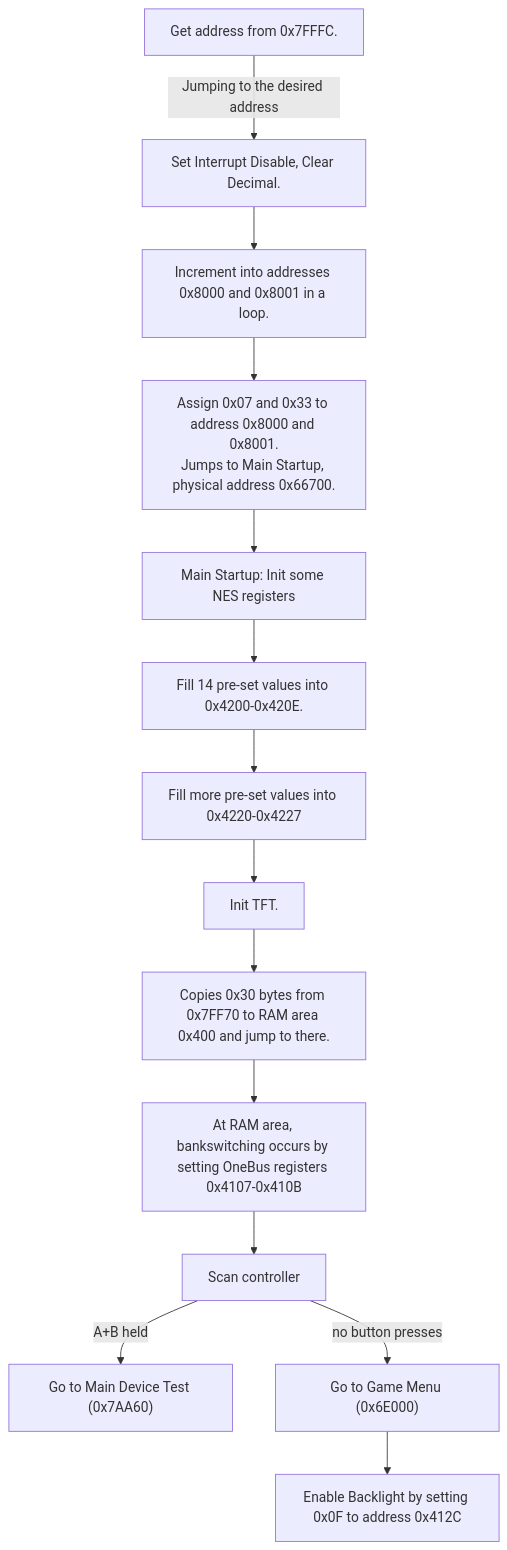
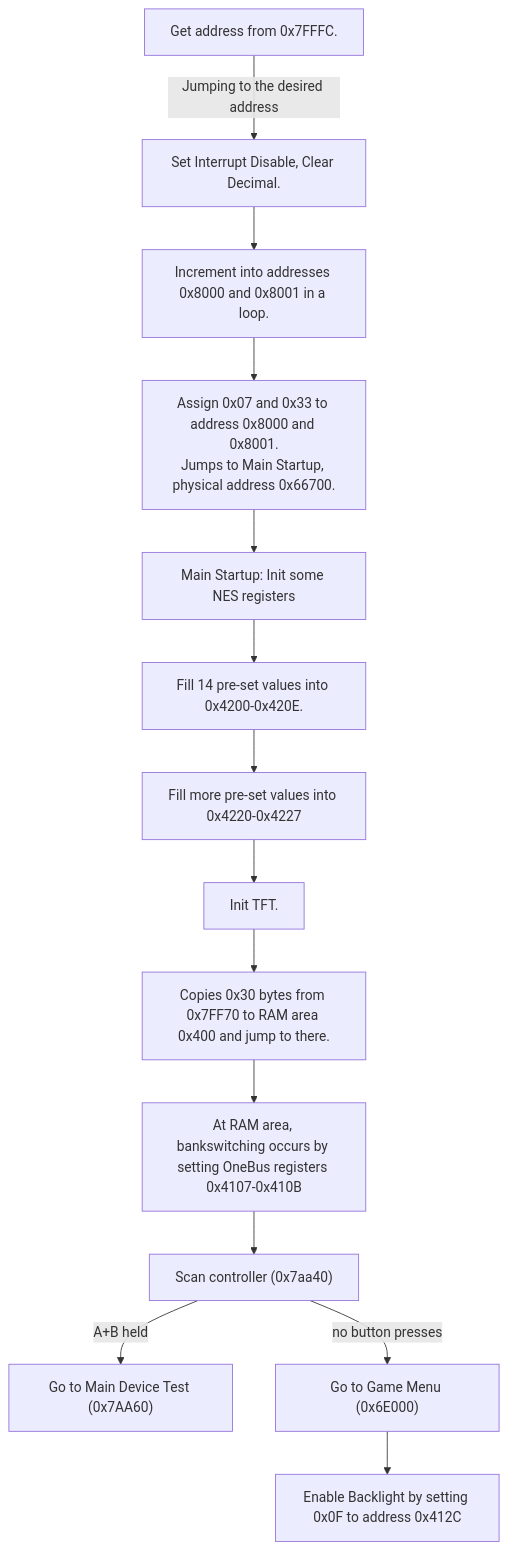
One commit to nyh-workshop/Custom-ROM-Sup-Game-Box-400in1 changed the diagram in ROM_dump_analysis.md. Above: the diagram before and after it, drawn with Mermaid. The commit also changed other lines of this file and 1 other file, not shown here.

```diff
--- a/ROM_dump_analysis.md
+++ b/ROM_dump_analysis.md
@@ -29,16 +29,16 @@
 <div class="mermaid">
 graph TD;
     A[Get address from 0x7FFFC.] --> |Jumping to the desired address| B[Set Interrupt Disable, Clear Decimal.];
     B-->C[Increment into addresses 0x8000 and 0x8001 in a loop.];
     C-->D[Assign 0x07 and 0x33 to address 0x8000 and 0x8001.<br>Jumps to Main Startup, physical address 0x66700.];
     D-->E[Main Startup: Init some NES registers];
     E-->F[Fill 14 pre-set values into 0x4200-0x420E.];
     F-->G[Fill more pre-set values into 0x4220-0x4227];
     G-->H[Init TFT.];
     H-->I[Copies 0x30 bytes from 0x7FF70 to RAM area 0x400 and jump to there.];
     I-->J[At RAM area, bankswitching occurs by setting OneBus registers 0x4107-0x410B];
-    J-->K[Scan controller];
+    J-->K["Scan controller (0x7aa40)"];
     K-->|A+B held| L["Go to Main Device Test (0x7AA60)"];
     K-->|no button presses| M["Go to Game Menu (0x6E000)"];
     M-->N["Enable Backlight by setting 0x0F to address 0x412C"]
 </div>
```
